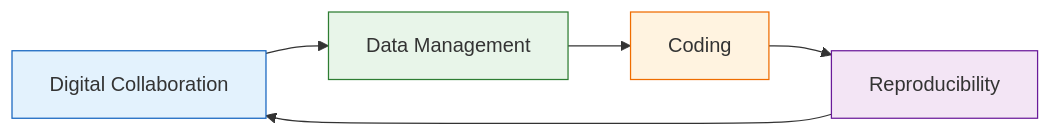
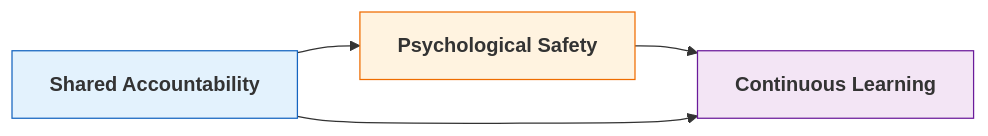
The sixth of 6 diagrams in training_site/dump.qmd (thomgiles/DSDSP), drawn with Mermaid before and after one commit. The commit also changed other lines of this file and 2 other files, not shown here.

````diff
--- a/training_site/dump.qmd
+++ b/training_site/dump.qmd
@@ -84,12 +435,8 @@
 ```{mermaid}
 flowchart LR
-    A["Digital Collaboration"]:::a
-    B["Data Management"]:::b
-    C["Coding"]:::c
-    D["Reproducibility"]:::d
-    A --> B --> C --> D --> A
+    A["<b>Shared Accountability</b>"]:::a --> B["<b>Psychological Safety</b>"]:::b --> C["<b>Continuous Learning</b>"]:::c
+    A --> C
     classDef a fill:#E3F2FD,stroke:#1565C0,stroke-width:1px
-    classDef b fill:#E8F5E9,stroke:#2E7D32,stroke-width:1px
-    classDef c fill:#FFF3E0,stroke:#EF6C00,stroke-width:1px
-    classDef d fill:#F3E5F5,stroke:#6A1B9A,stroke-width:1px
+    classDef b fill:#FFF3E0,stroke:#EF6C00,stroke-width:1px
+    classDef c fill:#F3E5F5,stroke:#6A1B9A,stroke-width:1px
 ```
````
